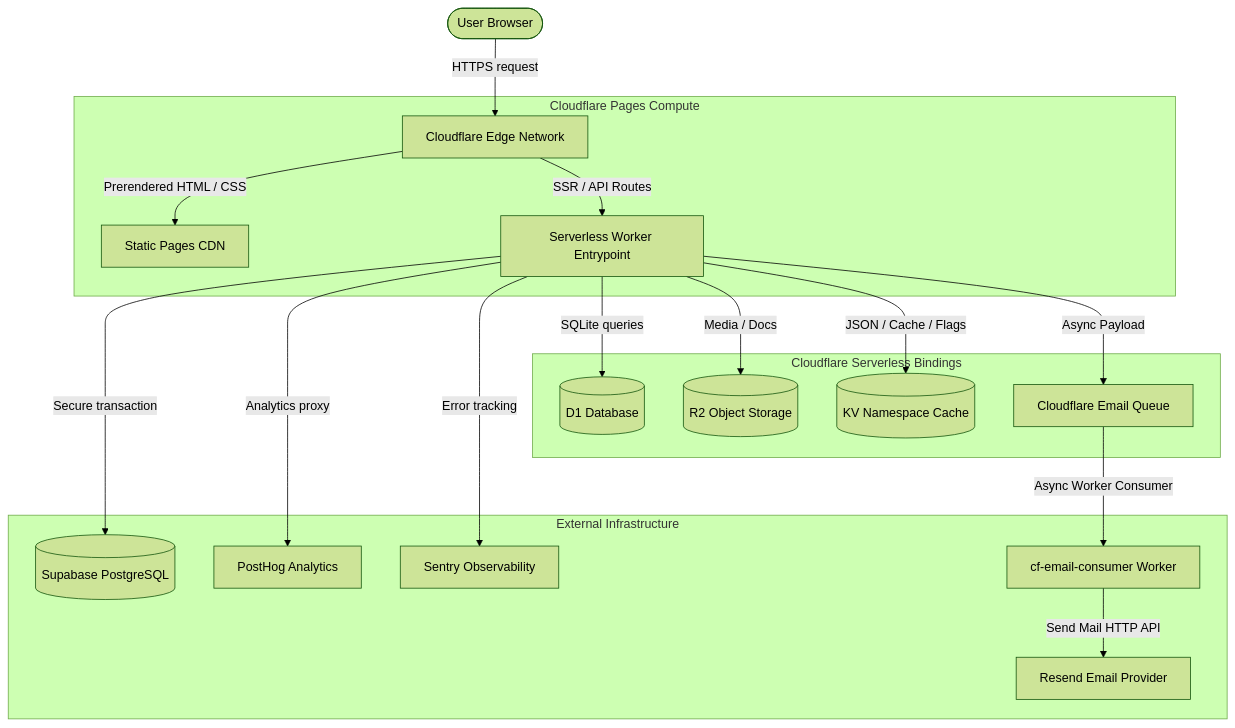
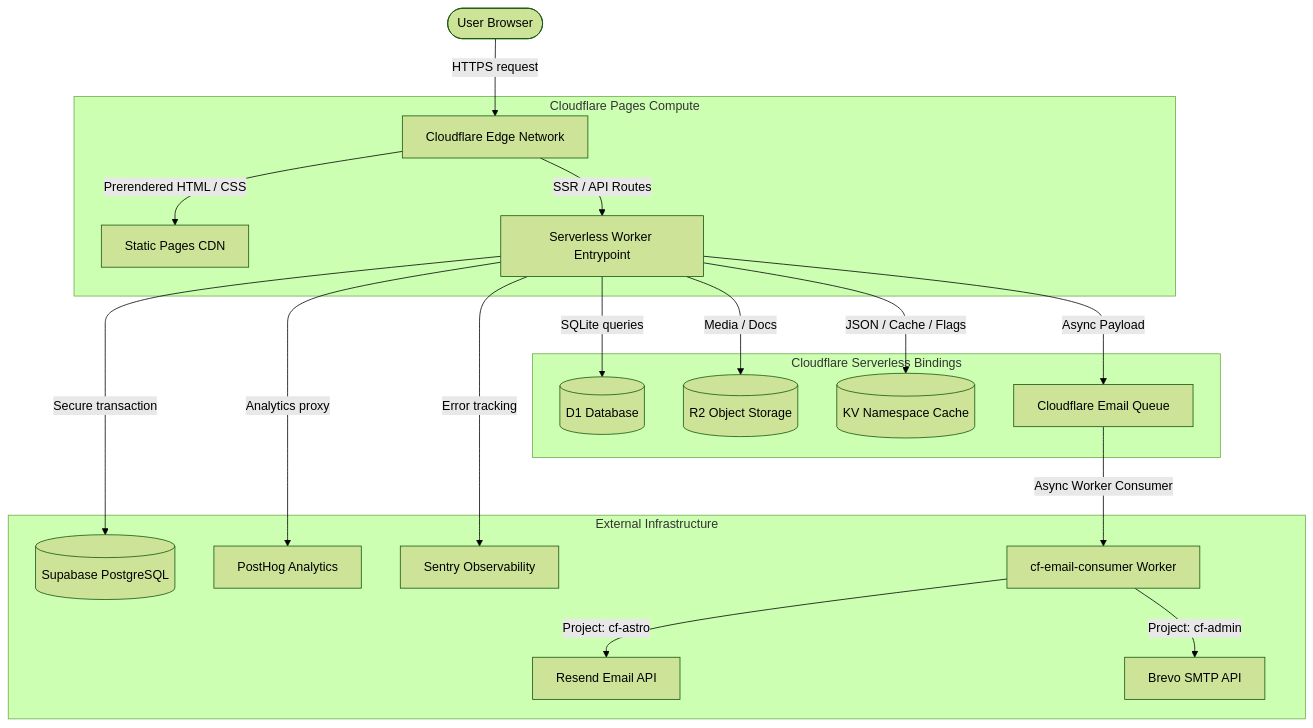
The diagram in synced-docs/cf-astro/Documentation/SYSTEM-ARCHITECTURE.md (Harshil8136/chess-game1), drawn with Mermaid (forest theme) before and after one commit. The commit also changed other lines of this file and 2 other files, not shown here.

Commit message:
Auto-sync cf-astro docs (source: 4c95c3774fc254569c4ef665ef013ed67676cd9b)

````diff
--- a/synced-docs/cf-astro/Documentation/SYSTEM-ARCHITECTURE.md
+++ b/synced-docs/cf-astro/Documentation/SYSTEM-ARCHITECTURE.md
@@ -23,24 +23,25 @@
 ```mermaid
 graph TD
     User([User Browser]) -->|HTTPS request| CF_Edge[Cloudflare Edge Network]
     
     subgraph Cloudflare Pages Compute
         CF_Edge -->|Prerendered HTML / CSS| Static_CDN[Static Pages CDN]
         CF_Edge -->|SSR / API Routes| Edge_Worker[Serverless Worker Entrypoint]
     end
     
     subgraph Cloudflare Serverless Bindings
         Edge_Worker -->|SQLite queries| D1_DB[(D1 Database)]
         Edge_Worker -->|Media / Docs| R2_Bucket[(R2 Object Storage)]
         Edge_Worker -->|JSON / Cache / Flags| KV_Cache[(KV Namespace Cache)]
         Edge_Worker -->|Async Payload| Email_Queue[Cloudflare Email Queue]
     end
     
     subgraph External Infrastructure
         Edge_Worker -->|Secure transaction| Supabase_Postgres[(Supabase PostgreSQL)]
         Edge_Worker -->|Analytics proxy| PostHog[PostHog Analytics]
         Edge_Worker -->|Error tracking| Sentry[Sentry Observability]
         Email_Queue -->|Async Worker Consumer| Sidecar_Worker[cf-email-consumer Worker]
-        Sidecar_Worker -->|Send Mail HTTP API| Resend[Resend Email Provider]
+        Sidecar_Worker -->|Project: cf-astro| Resend[Resend Email API]
+        Sidecar_Worker -->|Project: cf-admin| Brevo[Brevo SMTP API]
     end
 ```
````
